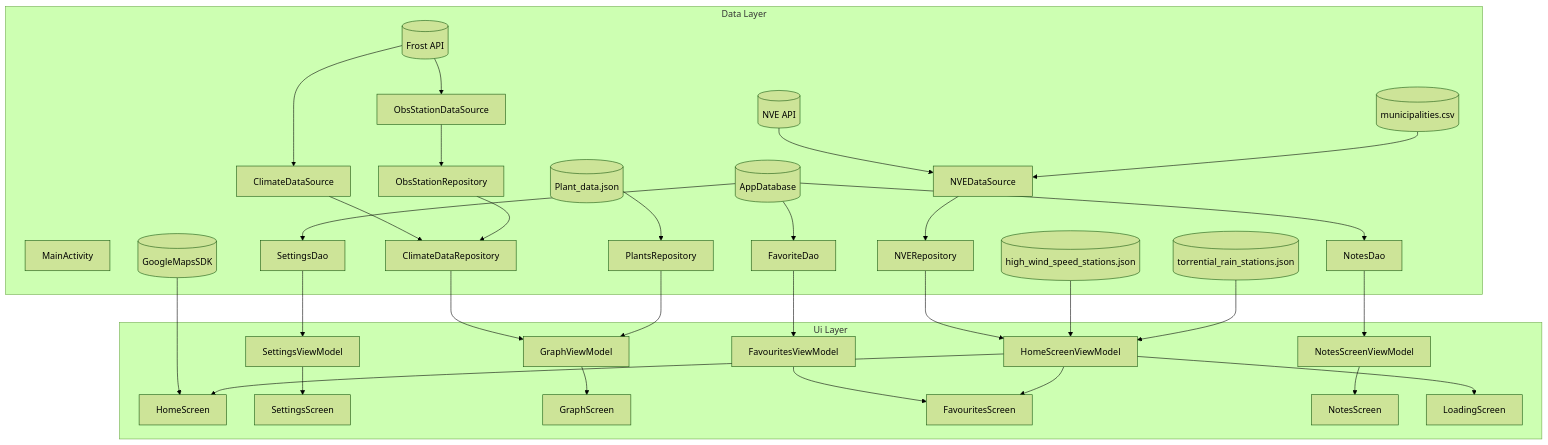
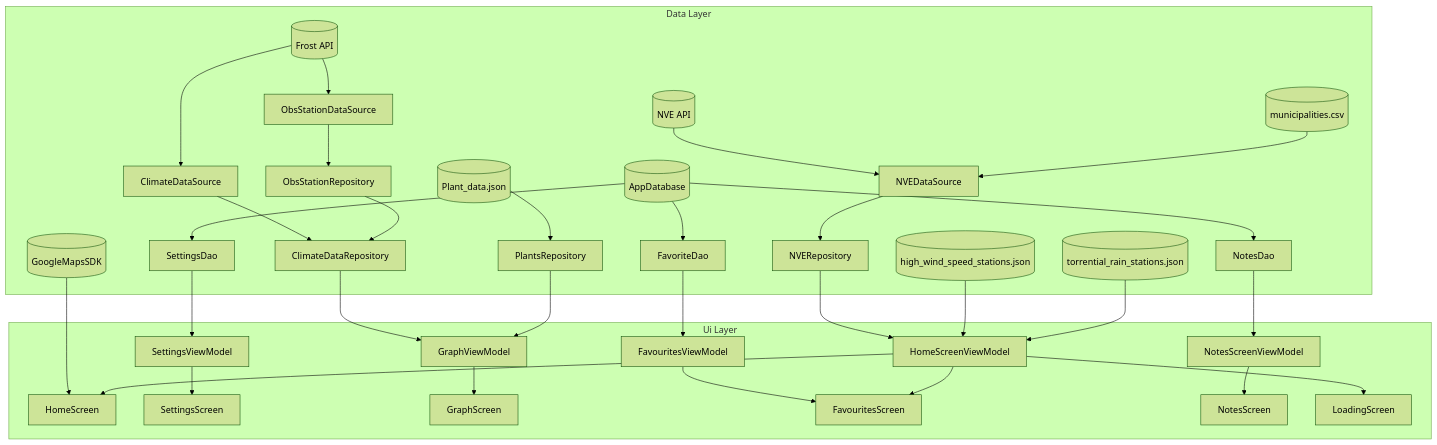
Before and after one commit to Apoapsis404/in2000-project-team-12: the first of 3 diagrams in External Programs/MODELING.md, drawn with Mermaid (forest theme). The commit also changed other lines of this file, not shown here.

````diff
--- a/External Programs/MODELING.md
+++ b/External Programs/MODELING.md
@@ -3,41 +3,40 @@
 ```mermaid
 graph TD
 subgraph Data Layer
-main_activity[MainActivity]
 fAPI[(Frost API)] --> climate_ds[ClimateDataSource]
 fAPI --> os_ds[ObsStationDataSource]
 climate_ds-->climate_r[ClimateDataRepository]
 mapAPI[(GoogleMapsSDK)]
 plants[(Plant_data.json)] --> plants_r[PlantsRepository]
 nve[(NVE API)] --> nve_ds[NVEDataSource]
 nve_ds --> nve_r[NVERepository]
 kommuner[(municipalities.csv)] --> nve_ds
 os_ds --> os_r[ObsStationRepository]
 os_r --> climate_r
 room[(AppDatabase)]
 room --> settings_dao[SettingsDao]
 room --> favorites_dao[FavoriteDao]
 room --> notes_dao[NotesDao]
 wind_d[(high_wind_speed_stations.json)]
 rain_d[(torrential_rain_stations.json)]
 end
 subgraph Ui Layer
 mapAPI --> home_s
 home_vm[HomeScreenViewModel] --> home_s[HomeScreen]
 %%os_ds --> home_vm
 settings_vm[SettingsViewModel] --> settings_s[SettingsScreen]
 climate_r --> graph_vm[GraphViewModel]
 graph_vm --> graph_s[GraphScreen]
 fav_vm[FavouritesViewModel] --> fav_s[FavouritesScreen]
 notes_vm[NotesScreenViewModel]-->notes_s[NotesScreen]
 home_vm --> LoadingScreen
 home_vm --> fav_s
 plants_r --> graph_vm
 nve_r --> home_vm
 settings_dao --> settings_vm
 favorites_dao --> fav_vm
 notes_dao --> notes_vm
 wind_d --> home_vm
 rain_d --> home_vm
 end
 ```
````
